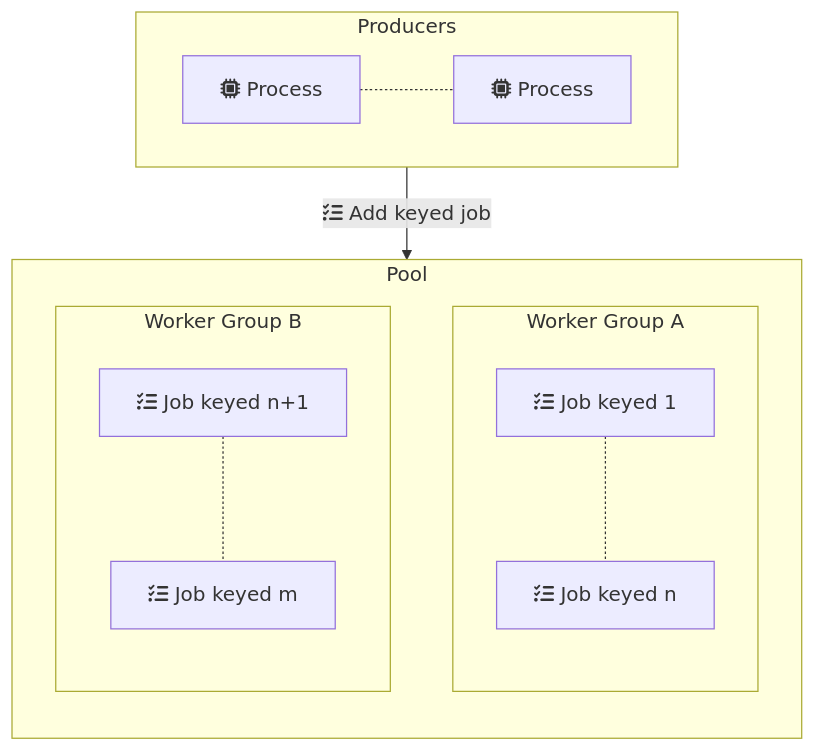
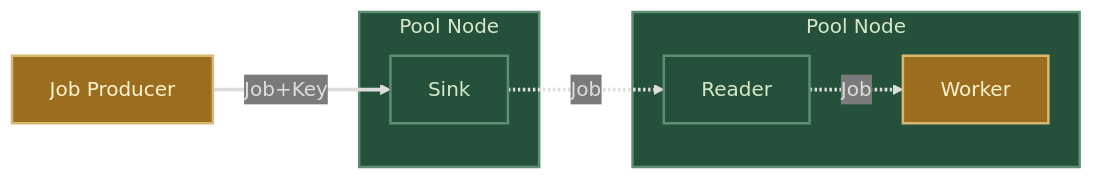
One commit to goadesign/pulse changed the third of 3 diagrams in README.md. Above: the diagram before and after it, drawn with Mermaid. The commit also changed other lines of this file and 2 other files, not shown here.

Commit message:
Try code snippets

````diff
--- a/README.md
+++ b/README.md
@@ -77,19 +75,25 @@
 ```mermaid
-flowchart TD
-    subgraph Producers
-        direction LR
-        H[fa:fa-microchip Process]-.-G[fa:fa-microchip Process]
+%%{init: {'themeVariables': { 'edgeLabelBackground': '#7A7A7A'}}}%%
+flowchart LR
+    A[Job Producer]
+    subgraph Pool[Pool Node]
+        Sink
     end
-    subgraph Pool
-        direction TB
-        subgraph Worker [Worker Group A]
-            direction TB
-            A[fa:fa-tasks Job keyed 1]-.-B[fa:fa-tasks Job keyed n]
-        end
-        subgraph Worker2 [Worker Group B]
-            direction TB
-            A2[fa:fa-tasks Job keyed n+1]-.-B2[fa:fa-tasks Job keyed m]
-        end
+    subgraph Worker[Pool Node]
+        Reader
+        B[Worker]
     end
-    Producers-->|fa:fa-tasks Add keyed job|Pool
+    A-->|Job+Key|Sink
+    Sink-.->|Job|Reader
+    Reader-.->|Job|B
+
+    classDef userCode fill:#9A6D1F, stroke:#D9B871, stroke-width:2px, color:#FFF2CC;
+    classDef ponos fill:#25503C, stroke:#5E8E71, stroke-width:2px, color:#D6E9C6;
+
+    class A,B userCode;
+    class Pool,Sink,Reader,Worker ponos;
+
+    linkStyle 0 stroke:#DDDDDD,color:#DDDDDD,stroke-width:3px;
+    linkStyle 1 stroke:#DDDDDD,color:#DDDDDD,stroke-width:3px;
+    linkStyle 2 stroke:#DDDDDD,color:#DDDDDD,stroke-width:3px;
 ```
````
